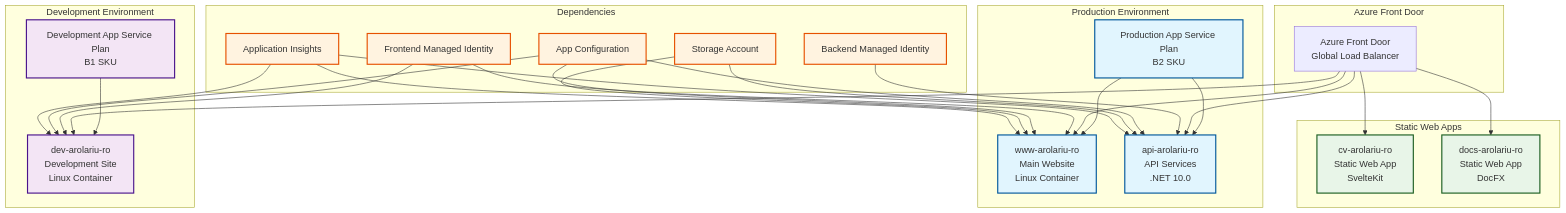
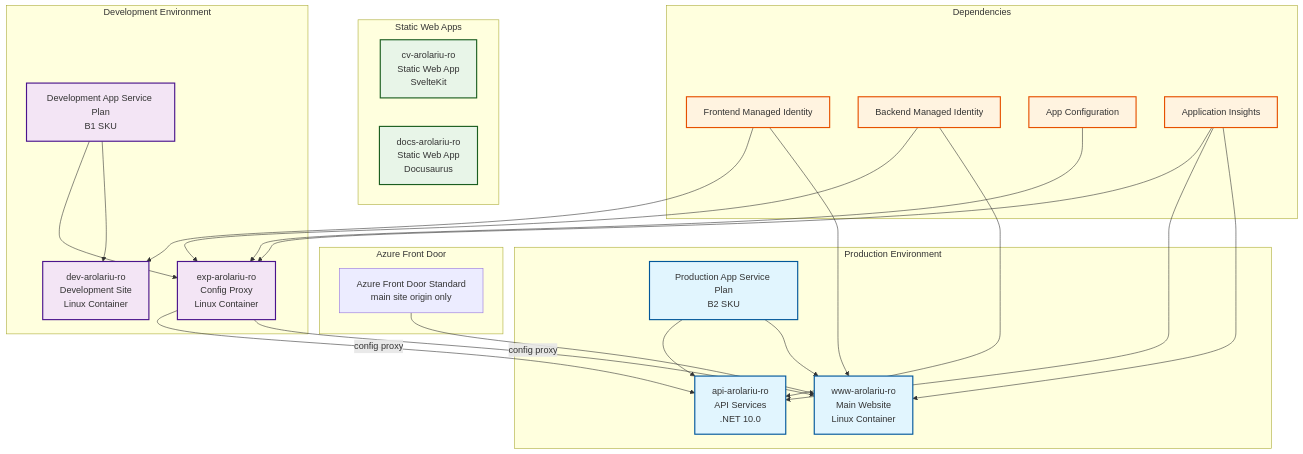
One commit to arolariu/arolariu.ro changed the first of 2 diagrams in infra/Azure/Bicep/sites/README.md. Above: the diagram before and after it, drawn with Mermaid. The commit also changed other lines of this file and 2 other files, not shown here.

````diff
--- a/infra/Azure/Bicep/sites/README.md
+++ b/infra/Azure/Bicep/sites/README.md
@@ -39,68 +47,63 @@
 ```mermaid
 graph TB
     subgraph "Azure Front Door"
-        AFD[Azure Front Door<br/>Global Load Balancer]
+        AFD[Azure Front Door Standard<br/>main site origin only]
     end
 
     subgraph "Production Environment"
         PROD_PLAN[Production App Service Plan<br/>B2 SKU]
 
         MAIN[www-arolariu-ro<br/>Main Website<br/>Linux Container]
         API[api-arolariu-ro<br/>API Services<br/>.NET 10.0]
 
         PROD_PLAN --> MAIN
         PROD_PLAN --> API
     end
 
     subgraph "Development Environment"
         DEV_PLAN[Development App Service Plan<br/>B1 SKU]
 
         DEV[dev-arolariu-ro<br/>Development Site<br/>Linux Container]
+        EXP[exp-arolariu-ro<br/>Config Proxy<br/>Linux Container]
 
         DEV_PLAN --> DEV
+        DEV_PLAN --> EXP
     end
 
     subgraph "Static Web Apps"
         CV[cv-arolariu-ro<br/>Static Web App<br/>SvelteKit]
-        DOCS[docs-arolariu-ro<br/>Static Web App<br/>DocFX]
+        DOCS[docs-arolariu-ro<br/>Static Web App<br/>Docusaurus]
     end
 
     subgraph "Dependencies"
         MI_FE[Frontend Managed Identity]
         MI_BE[Backend Managed Identity]
         CONFIG[App Configuration]
-        STORAGE[Storage Account]
         MONITOR[Application Insights]
     end
 
     AFD --> MAIN
-    AFD --> API
-    AFD --> DEV
-    AFD --> CV
-    AFD --> DOCS
 
     MI_FE --> MAIN
     MI_FE --> DEV
     MI_BE --> API
+    MI_BE --> EXP
 
-    CONFIG --> MAIN
-    CONFIG --> API
-    CONFIG --> DEV
-
-    STORAGE --> MAIN
-    STORAGE --> API
+    CONFIG --> EXP
+    EXP -->|config proxy| MAIN
+    EXP -->|config proxy| API
 
     MONITOR --> MAIN
     MONITOR --> API
-    MONITOR --> DEV
+    MONITOR --> EXP
 
     classDef production fill:#e1f5fe,stroke:#01579b,stroke-width:2px
     classDef development fill:#f3e5f5,stroke:#4a148c,stroke-width:2px
     classDef static fill:#e8f5e8,stroke:#1b5e20,stroke-width:2px
     classDef dependency fill:#fff3e0,stroke:#e65100,stroke-width:2px
 
     class PROD_PLAN,MAIN,API production
-    class DEV_PLAN,DEV development
+    class DEV_PLAN,DEV,EXP development
     class CV,DOCS static
-    class MI_FE,MI_BE,CONFIG,STORAGE,MONITOR dependency
+    class MI_FE,MI_BE,CONFIG,MONITOR dependency
 ```
````
